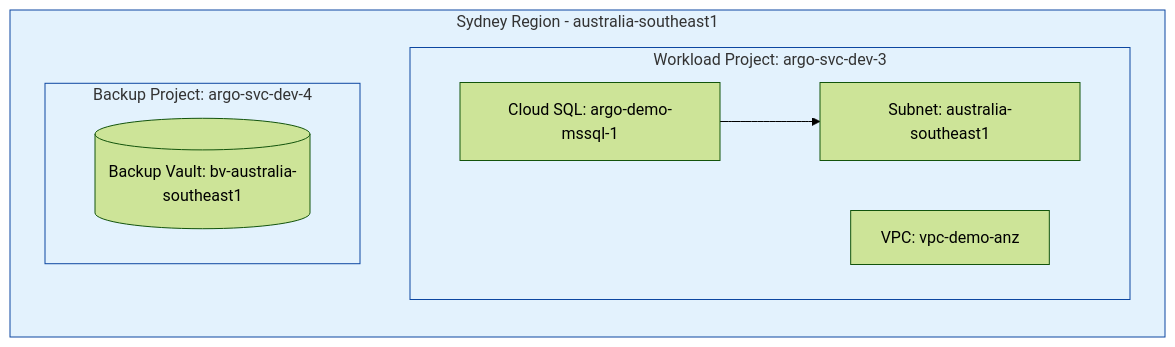
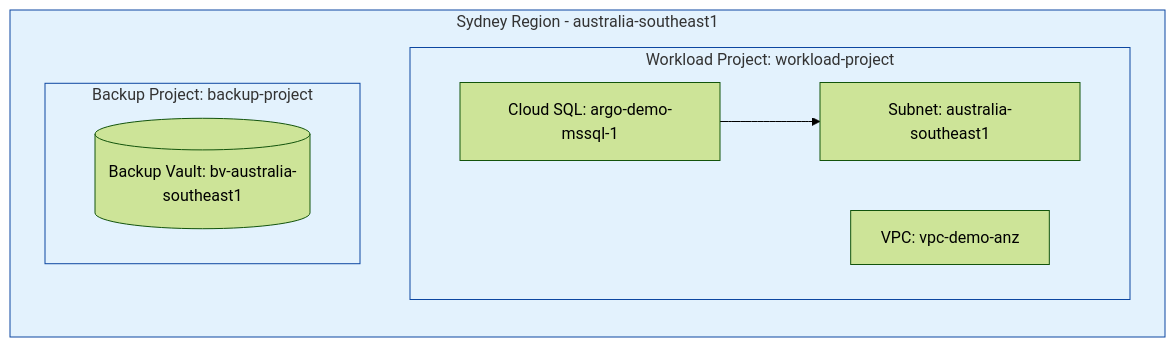
The diagram in README.md (jeffoconnorau/csql-backup-demo), drawn with Mermaid (forest theme) before and after one commit. The commit also changed other lines of this file and 6 other files, not shown here.

````diff
--- a/README.md
+++ b/README.md
@@ -17,17 +17,17 @@
 ```mermaid
 graph LR
     subgraph australia-southeast1 [Sydney Region - australia-southeast1]
-        subgraph argo-svc-dev-3 [Workload Project: argo-svc-dev-3]
+        subgraph workload-project [Workload Project: workload-project]
             SQL[Cloud SQL: argo-demo-mssql-1]
             VPC[VPC: vpc-demo-anz]
             Subnet[Subnet: australia-southeast1]
             SQL --> Subnet
         end
-        subgraph argo-svc-dev-4 [Backup Project: argo-svc-dev-4]
+        subgraph backup-project [Backup Project: backup-project]
             VaultSydney[(Backup Vault: bv-australia-southeast1)]
         end
     end
 
     classDef sydney fill:#e3f2fd,stroke:#0d47a1,stroke-width:1px;
-    class australia-southeast1,argo-svc-dev-3,argo-svc-dev-4 sydney;
+    class australia-southeast1,workload-project,backup-project sydney;
 ```
````
